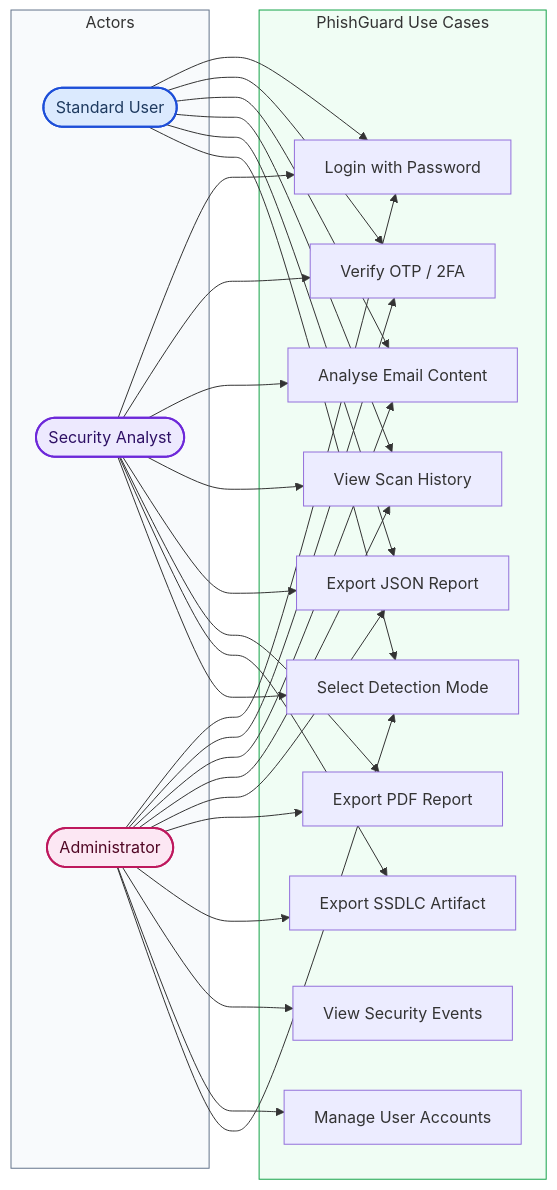
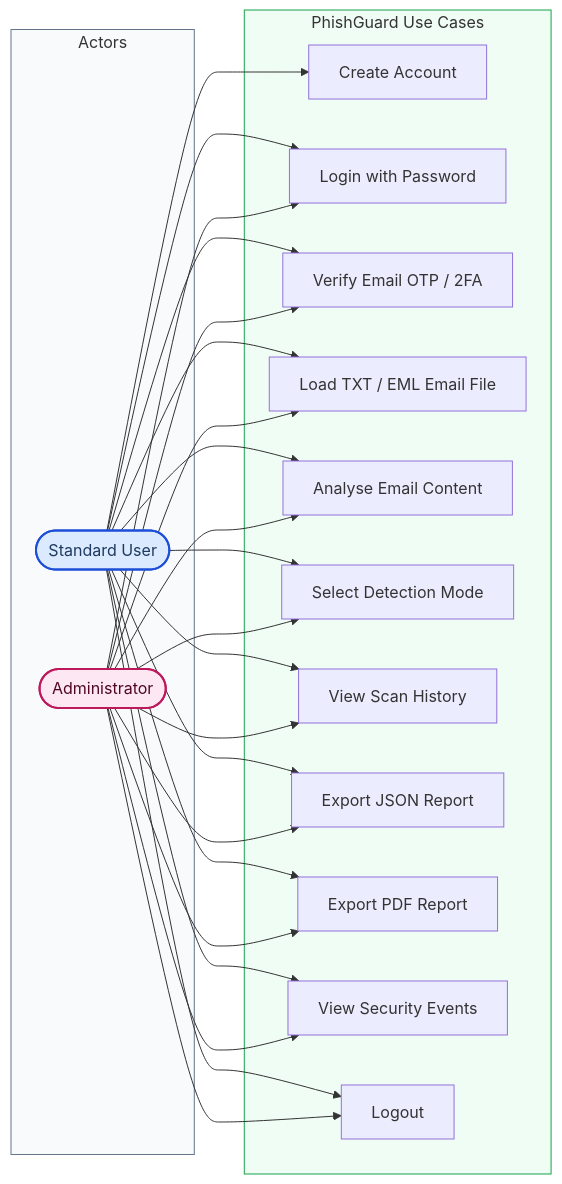
One commit to marmikkarki20-droid/Email-phishing-Detection-system changed the sixth of 6 diagrams in reports/Architecture_Diagram.md. Above: the diagram before and after it, drawn with Mermaid. The commit also changed other lines of this file and 16 other files, not shown here.

````diff
--- a/reports/Architecture_Diagram.md
+++ b/reports/Architecture_Diagram.md
@@ -223,54 +288,49 @@
 ```mermaid
 flowchart LR
     subgraph ACTORS[Actors]
         U([Standard User])
-        AN([Security Analyst])
         AD([Administrator])
     end
 
     subgraph UC[PhishGuard Use Cases]
-        UC1[Login with Password]
-        UC2[Verify OTP / 2FA]
-        UC3[Analyse Email Content]
-        UC4[View Scan History]
-        UC5[Export JSON Report]
-        UC6[Export PDF Report]
-        UC7[Export SSDLC Artifact]
-        UC8[View Security Events]
-        UC9[Manage User Accounts]
-        UC10[Select Detection Mode]
+        UC1[Create Account]
+        UC2[Login with Password]
+        UC3[Verify Email OTP / 2FA]
+        UC4[Load TXT / EML Email File]
+        UC5[Analyse Email Content]
+        UC6[Select Detection Mode]
+        UC7[View Scan History]
+        UC8[Export JSON Report]
+        UC9[Export PDF Report]
+        UC10[View Security Events]
+        UC11[Logout]
     end
 
     U --> UC1
     U --> UC2
     U --> UC3
     U --> UC4
     U --> UC5
+    U --> UC6
+    U --> UC7
+    U --> UC8
+    U --> UC9
     U --> UC10
+    U --> UC11
 
-    AN --> UC1
-    AN --> UC2
-    AN --> UC3
-    AN --> UC4
-    AN --> UC5
-    AN --> UC6
-    AN --> UC7
-    AN --> UC10
-
-    AD --> UC1
     AD --> UC2
     AD --> UC3
     AD --> UC4
     AD --> UC5
     AD --> UC6
     AD --> UC7
     AD --> UC8
     AD --> UC9
     AD --> UC10
+    AD --> UC11
 
     style U fill:#dbeafe,stroke:#1d4ed8,color:#1e3a5f,stroke-width:2px
-    style AN fill:#ede9fe,stroke:#6d28d9,color:#2e1065,stroke-width:2px
     style AD fill:#fce7f3,stroke:#be185d,color:#500724,stroke-width:2px
     style ACTORS fill:#f8fafc,stroke:#64748b,stroke-width:1px
     style UC fill:#f0fdf4,stroke:#16a34a,stroke-width:1px
 ```
````
